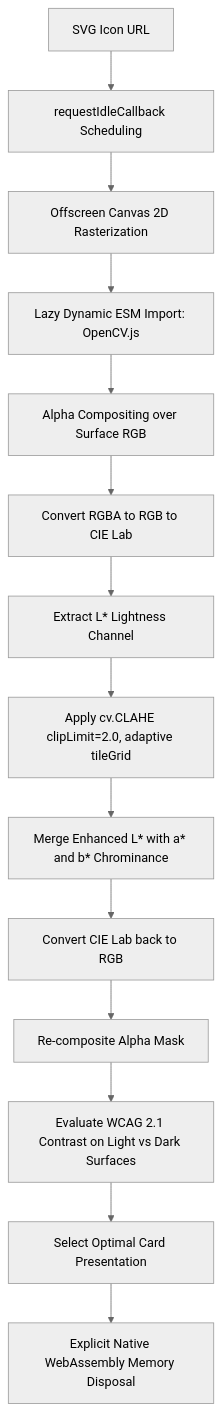
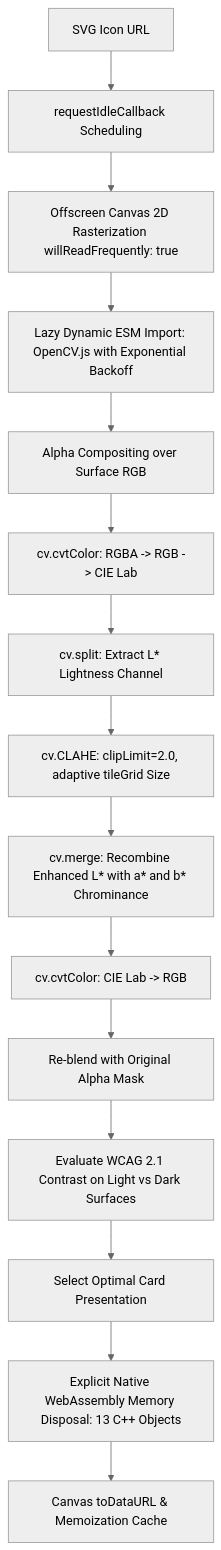
The third of 5 diagrams in README.md (nawaphonOHM/resume), drawn with Mermaid (neutral theme) before and after one commit. The commit also changed other lines of this file and 4 other files, not shown here.

````diff
--- a/README.md
+++ b/README.md
@@ -221,16 +267,17 @@
 ```mermaid
 flowchart TD
     A[SVG Icon URL] --> B[requestIdleCallback Scheduling]
-    B --> C[Offscreen Canvas 2D Rasterization]
-    C --> D[Lazy Dynamic ESM Import: OpenCV.js]
+    B --> C[Offscreen Canvas 2D Rasterization willReadFrequently: true]
+    C --> D[Lazy Dynamic ESM Import: OpenCV.js with Exponential Backoff]
     D --> E[Alpha Compositing over Surface RGB]
-    E --> F[Convert RGBA to RGB to CIE Lab]
-    F --> G[Extract L* Lightness Channel]
-    G --> H[Apply cv.CLAHE clipLimit=2.0, adaptive tileGrid]
-    H --> I[Merge Enhanced L* with a* and b* Chrominance]
-    I --> J[Convert CIE Lab back to RGB]
-    J --> K[Re-composite Alpha Mask]
+    E --> F[cv.cvtColor: RGBA -> RGB -> CIE Lab]
+    F --> G[cv.split: Extract L* Lightness Channel]
+    G --> H[cv.CLAHE: clipLimit=2.0, adaptive tileGrid Size]
+    H --> I[cv.merge: Recombine Enhanced L* with a* and b* Chrominance]
+    I --> J[cv.cvtColor: CIE Lab -> RGB]
+    J --> K[Re-blend with Original Alpha Mask]
     K --> L[Evaluate WCAG 2.1 Contrast on Light vs Dark Surfaces]
     L --> M[Select Optimal Card Presentation]
-    M --> N[Explicit Native WebAssembly Memory Disposal]
+    M --> N[Explicit Native WebAssembly Memory Disposal: 13 C++ Objects]
+    N --> O[Canvas toDataURL & Memoization Cache]
 ```
````
